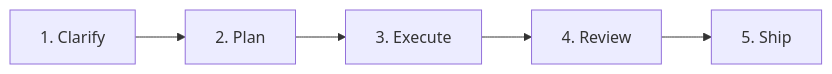
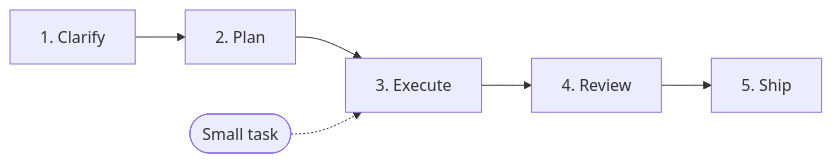
Before and after one commit to gentrithalili1/gh44: the second of 2 diagrams in README.md, drawn with Mermaid. The commit also changed other lines of this file and 3 other files, not shown here.

````diff
--- a/README.md
+++ b/README.md
@@ -69,4 +72,5 @@
 ```mermaid
 flowchart LR
     A[1. Clarify] --> B[2. Plan] --> C[3. Execute] --> D[4. Review] --> E[5. Ship]
+    S([Small task]) -.-> C
 ```
````
